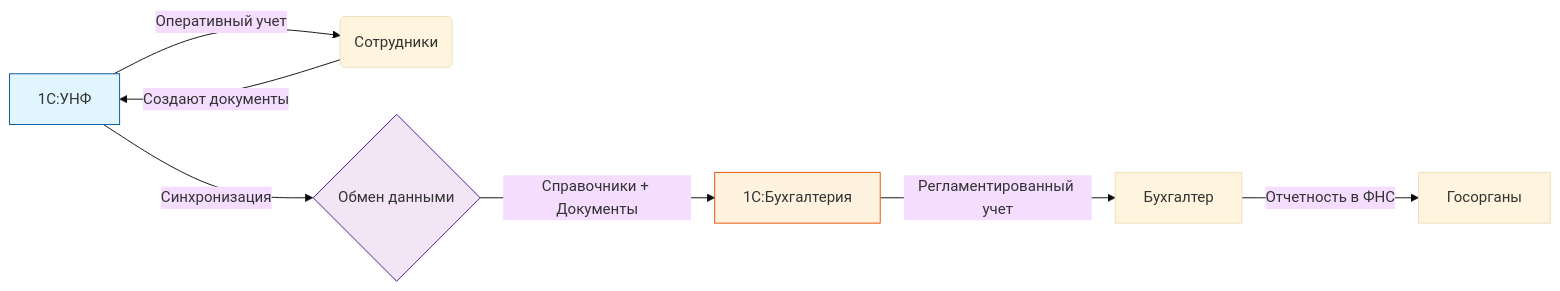
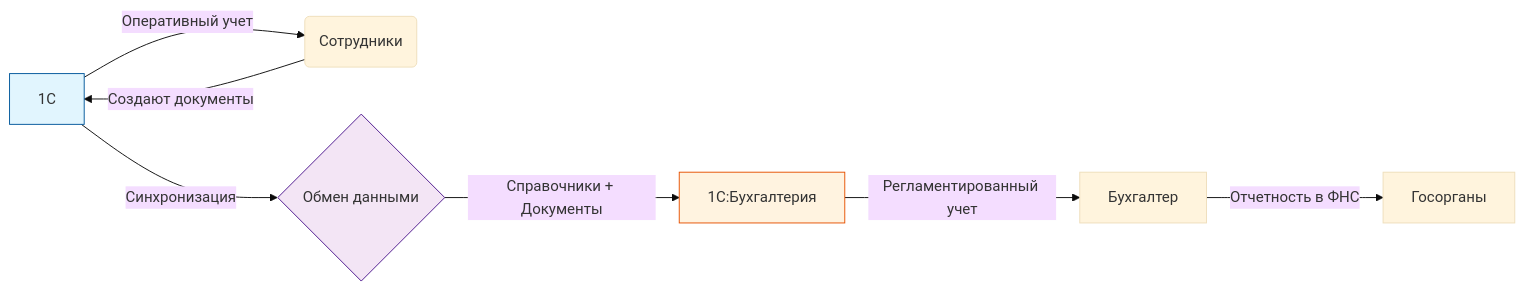
Before and after one commit to andrzejabramov/integration_1c_unf: the diagram in 1c_algoritm/12_integration.md, drawn with Mermaid (base theme). The commit also changed other lines of this file and 13 other files, not shown here.

````diff
--- a/1c_algoritm/12_integration.md
+++ b/1c_algoritm/12_integration.md
@@ -31,13 +31,13 @@
 ```mermaid
 graph LR
-    A[1С:УНФ] -->|Оперативный учет | B(Сотрудники)
+    A[1С] -->|Оперативный учет | B(Сотрудники)
     B -->|Создают документы | A
     A -->|Синхронизация | C{Обмен данными}
     C -->|Справочники + Документы | D[1С:Бухгалтерия]
     D -->|Регламентированный учет | E[Бухгалтер]
     E -->|Отчетность в ФНС | F[Госорганы]
     
     style A fill:#e1f5fe,stroke:#01579b
     style D fill:#fff3e0,stroke:#e65100
     style C fill:#f3e5f5,stroke:#4a148c
 ```
````
